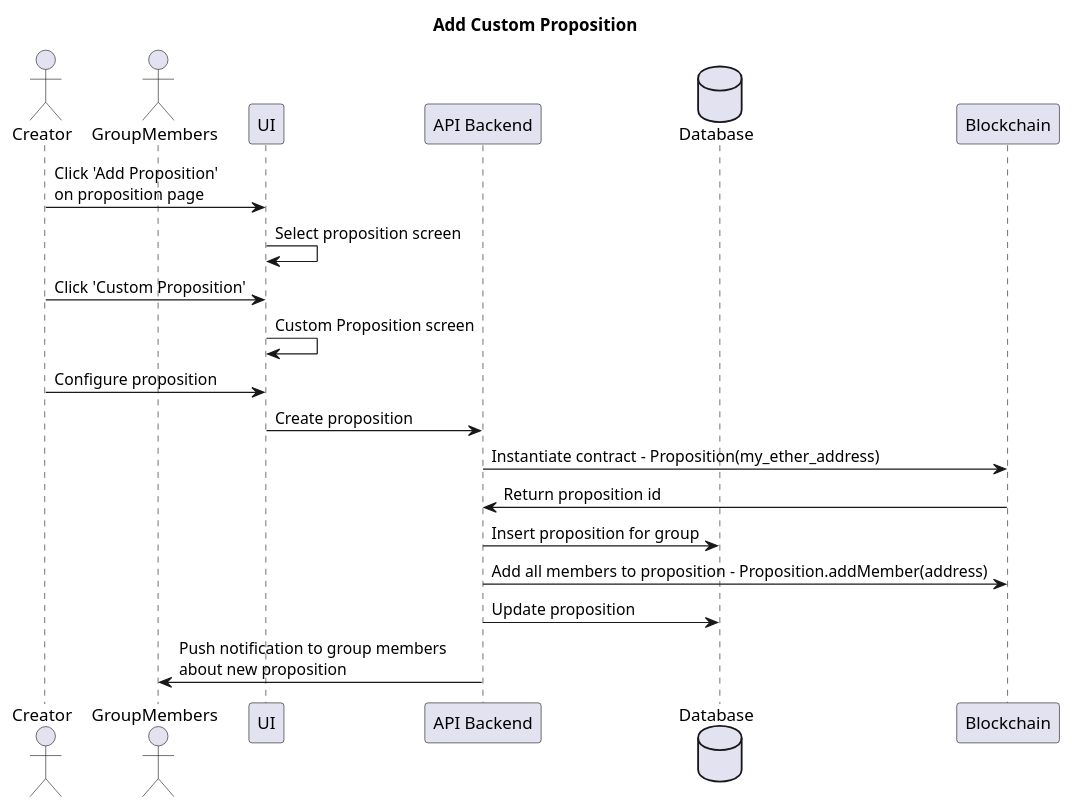
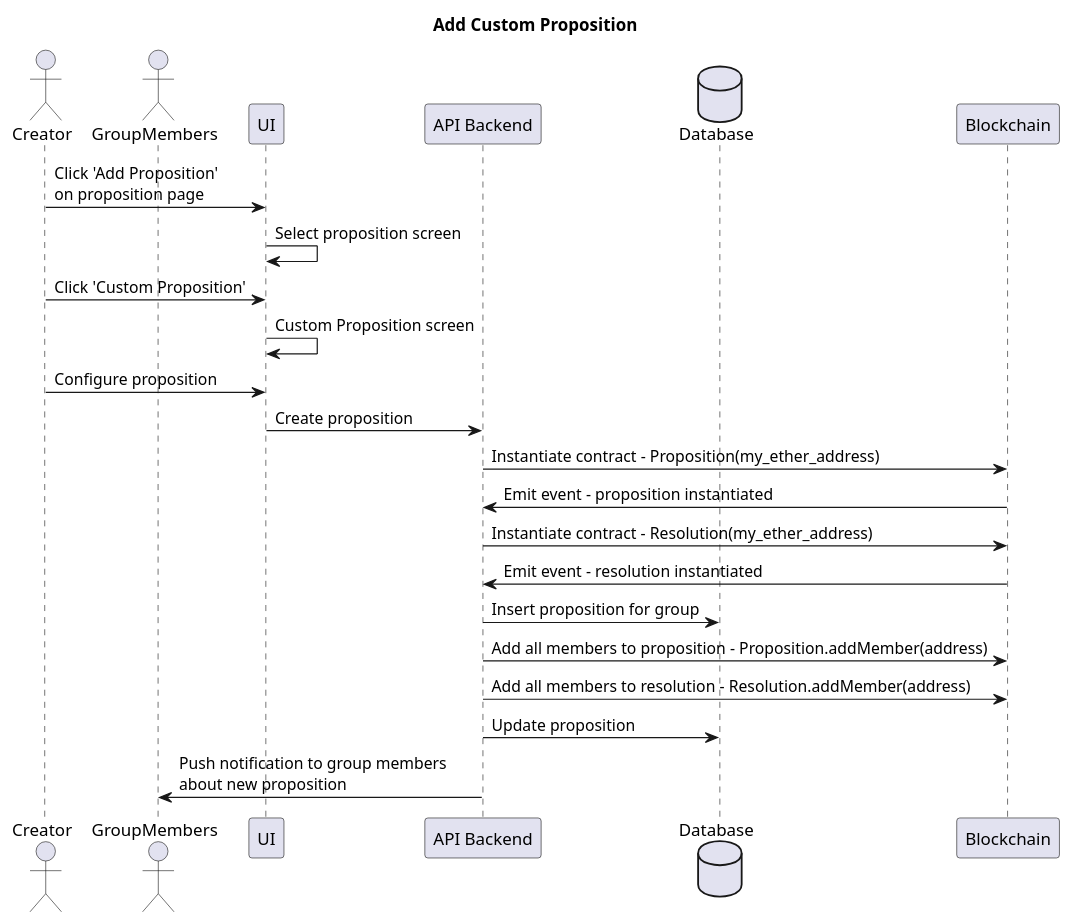
Before and after one commit to adhurjaty/prediction-app: the diagram in docs/Diagrams/src/UserStories/add_new_prop.puml, drawn with PlantUML. The commit also changed 6 other files, not shown here.

```diff
--- a/docs/Diagrams/src/UserStories/add_new_prop.puml
+++ b/docs/Diagrams/src/UserStories/add_new_prop.puml
@@ -1,25 +1,28 @@
 @startuml Add Custom Proposition
 
 title Add Custom Proposition
 
 actor Creator as creator
 actor GroupMembers as member
 participant UI as ui
 participant "API Backend" as api
 database Database as db
 participant Blockchain as bc
 
 creator -> ui : Click 'Add Proposition'\non proposition page
 ui -> ui : Select proposition screen
 creator -> ui : Click 'Custom Proposition'
 ui -> ui : Custom Proposition screen
 creator -> ui : Configure proposition
-ui -> api: Create proposition
-api -> bc: Instantiate contract - Proposition(my_ether_address)
-bc -> api : Return proposition id
+ui -> api : Create proposition
+api -> bc : Instantiate contract - Proposition(my_ether_address)
+bc -> api : Emit event - proposition instantiated 
+api -> bc : Instantiate contract - Resolution(my_ether_address)
+bc -> api : Emit event - resolution instantiated
 api -> db : Insert proposition for group 
-api -> bc: Add all members to proposition - Proposition.addMember(address)
+api -> bc : Add all members to proposition - Proposition.addMember(address)
+api -> bc : Add all members to resolution - Resolution.addMember(address)
 api -> db : Update proposition
 api -> member: Push notification to group members \nabout new proposition
 
 @enduml
```
